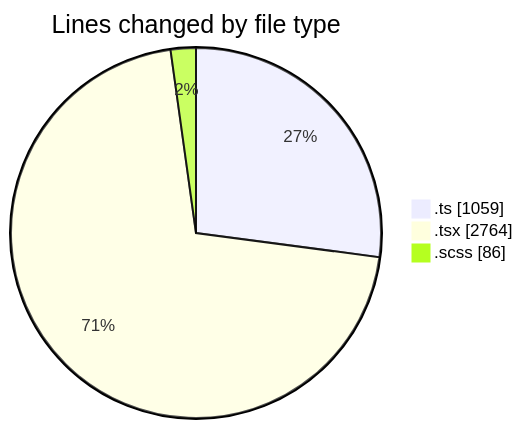
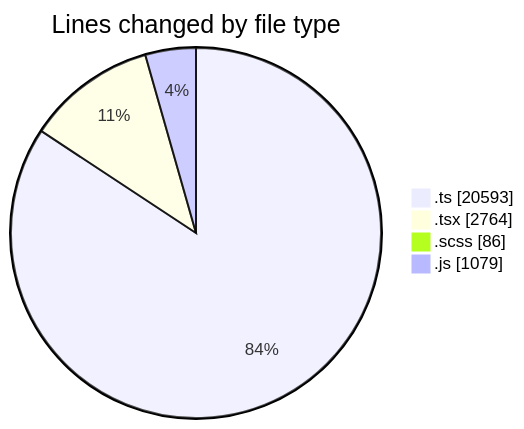
The first of 2 diagrams in 2026-10-21/cda/README.md (momahboobian/code-tracking), drawn with Mermaid before and after one commit. The commit also changed other lines of this file and 1 other file, not shown here.

````diff
--- a/2026-10-21/cda/README.md
+++ b/2026-10-21/cda/README.md
@@ -31,7 +35,8 @@
 ```mermaid
 pie showData
 title Lines changed by file type
-".ts" : 1059
+".ts" : 20593
 ".tsx" : 2764
 ".scss" : 86
+".js" : 1079
 ```
````
